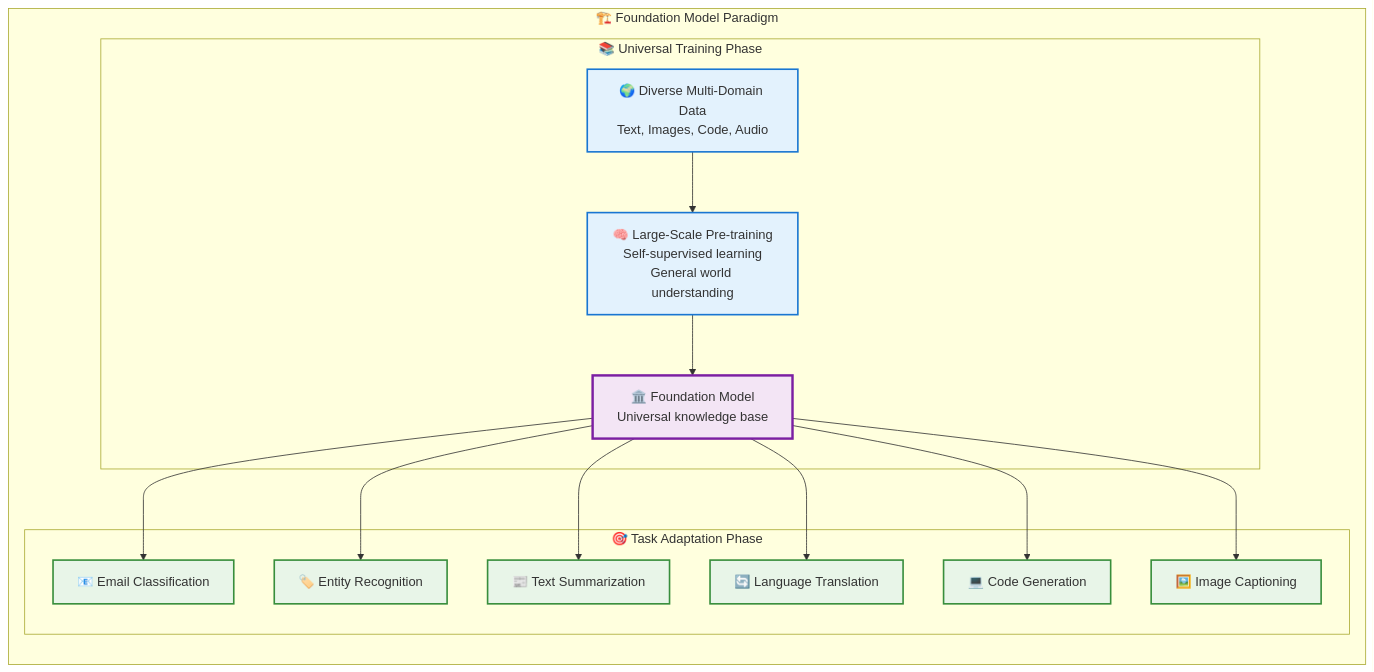
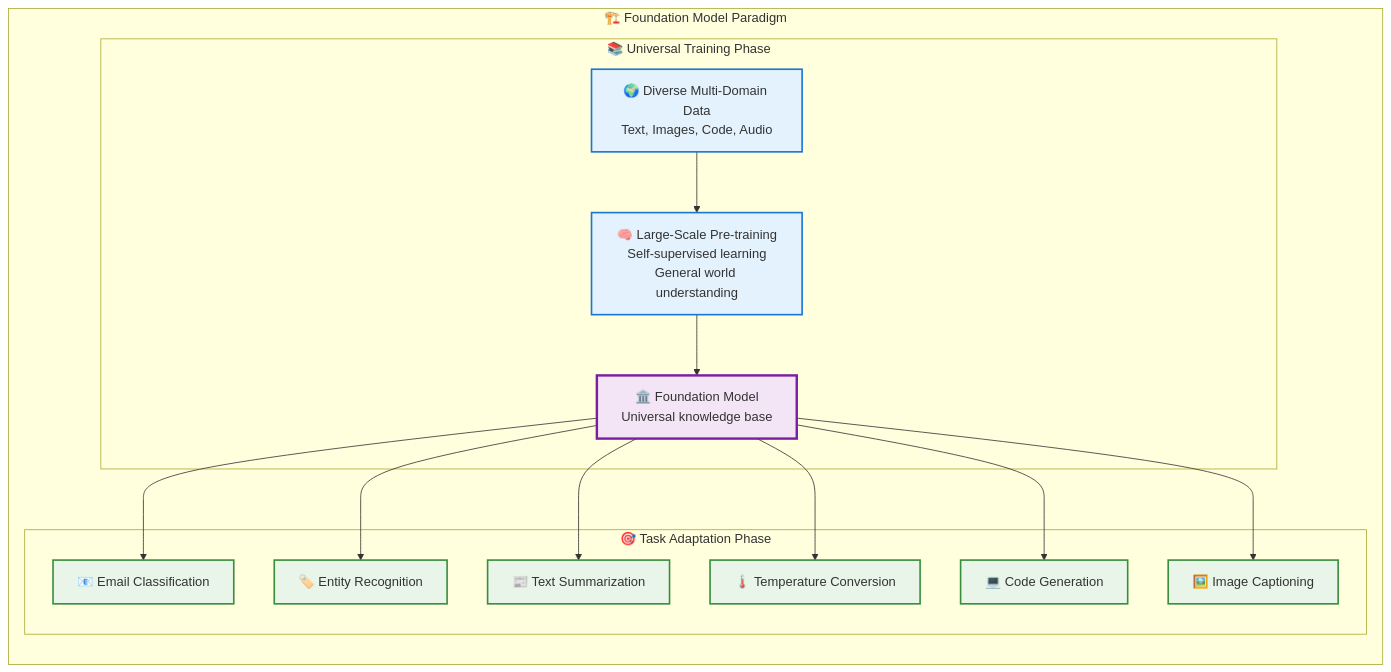
One commit to Swamy-s-Tech-Skills-Academy/swamy-tech-skills-academy-main changed the first of 2 diagrams in 03_ReferenceLibrary/02_AI-and-ML/01_AI/08_Foundation-Models-Architecture.md. Above: the diagram before and after it, drawn with Mermaid. The commit also changed other lines of this file and 6 other files, not shown here.

````diff
--- a/03_ReferenceLibrary/02_AI-and-ML/01_AI/08_Foundation-Models-Architecture.md
+++ b/03_ReferenceLibrary/02_AI-and-ML/01_AI/08_Foundation-Models-Architecture.md
@@ -47,31 +47,31 @@
 ```mermaid
 graph TD
     subgraph "🏗️ Foundation Model Paradigm"
         direction TB
         
         subgraph "📚 Universal Training Phase"
             DIVERSE[🌍 Diverse Multi-Domain Data<br/>Text, Images, Code, Audio]
             PRETRAIN[🧠 Large-Scale Pre-training<br/>Self-supervised learning<br/>General world understanding]
             FOUNDATION[🏛️ Foundation Model<br/>Universal knowledge base]
             
             DIVERSE --> PRETRAIN --> FOUNDATION
         end
         
         subgraph "🎯 Task Adaptation Phase"
             FOUNDATION --> FINETUNE1[📧 Email Classification]
             FOUNDATION --> FINETUNE2[🏷️ Entity Recognition]
             FOUNDATION --> FINETUNE3[📰 Text Summarization]
-            FOUNDATION --> FINETUNE4[🔄 Language Translation]
+            FOUNDATION --> FINETUNE4[🌡️ Temperature Conversion]
             FOUNDATION --> FINETUNE5[💻 Code Generation]
             FOUNDATION --> FINETUNE6[🖼️ Image Captioning]
         end
     end
     
     classDef training fill:#e3f2fd,stroke:#1976d2,stroke-width:2px
     classDef foundation fill:#f3e5f5,stroke:#7b1fa2,stroke-width:3px
     classDef adaptation fill:#e8f5e8,stroke:#388e3c,stroke-width:2px
     
     class DIVERSE,PRETRAIN training
     class FOUNDATION foundation
     class FINETUNE1,FINETUNE2,FINETUNE3,FINETUNE4,FINETUNE5,FINETUNE6 adaptation
 ```
````
